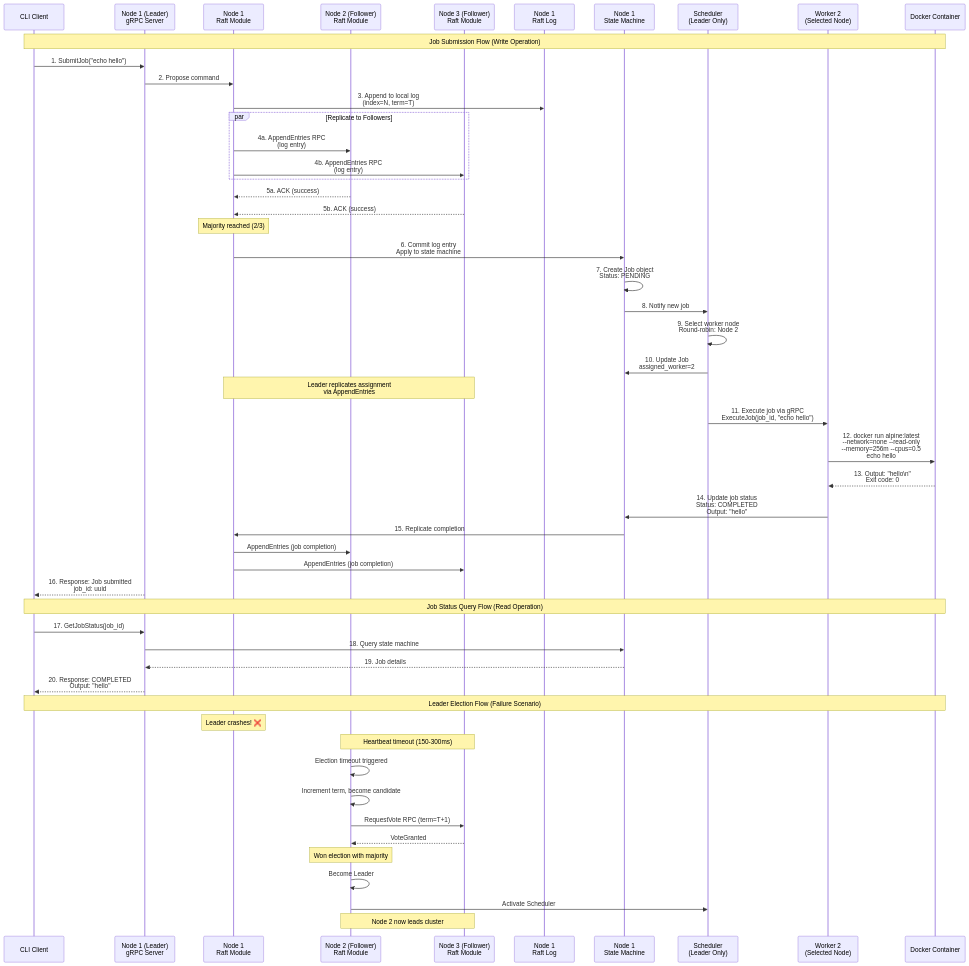
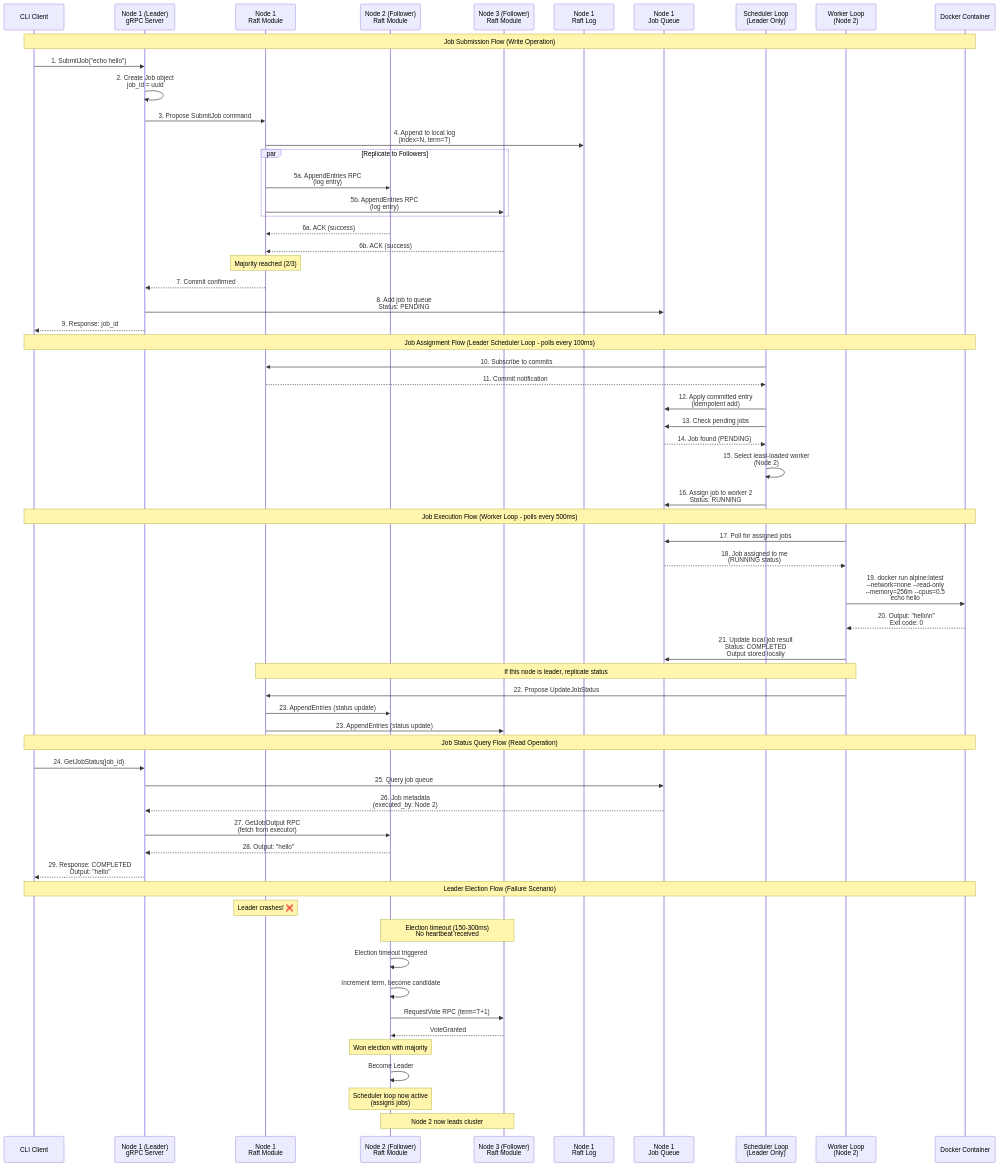
Before and after one commit to ngaddam369/nomad-lite: the third of 3 diagrams in README.md, drawn with Mermaid. The commit also changed other lines of this file, not shown here.

Commit message:
Doc: Fixed the architecture and data flow diagrams in README

````diff
--- a/README.md
+++ b/README.md
@@ -135,72 +128,84 @@
     participant N2 as Node 2 (Follower)<br/>Raft Module
     participant N3 as Node 3 (Follower)<br/>Raft Module
     participant Log1 as Node 1<br/>Raft Log
-    participant State1 as Node 1<br/>State Machine
-    participant Sched as Scheduler<br/>(Leader Only)
-    participant Worker as Worker 2<br/>(Selected Node)
+    participant Queue1 as Node 1<br/>Job Queue
+    participant Sched as Scheduler Loop<br/>(Leader Only)
+    participant Worker as Worker Loop<br/>(Node 2)
     participant Docker as Docker Container
 
     Note over Client,Docker: Job Submission Flow (Write Operation)
 
     Client->>N1: 1. SubmitJob("echo hello")
-    N1->>Raft1: 2. Propose command
-    Raft1->>Log1: 3. Append to local log<br/>(index=N, term=T)
-    
+    N1->>N1: 2. Create Job object<br/>job_id = uuid
+    N1->>Raft1: 3. Propose SubmitJob command
+    Raft1->>Log1: 4. Append to local log<br/>(index=N, term=T)
+
     par Replicate to Followers
-        Raft1->>N2: 4a. AppendEntries RPC<br/>(log entry)
-        Raft1->>N3: 4b. AppendEntries RPC<br/>(log entry)
+        Raft1->>N2: 5a. AppendEntries RPC<br/>(log entry)
+        Raft1->>N3: 5b. AppendEntries RPC<br/>(log entry)
     end
 
-    N2-->>Raft1: 5a. ACK (success)
-    N3-->>Raft1: 5b. ACK (success)
+    N2-->>Raft1: 6a. ACK (success)
+    N3-->>Raft1: 6b. ACK (success)
 
     Note over Raft1: Majority reached (2/3)
 
-    Raft1->>State1: 6. Commit log entry<br/>Apply to state machine
-    State1->>State1: 7. Create Job object<br/>Status: PENDING
-    State1->>Sched: 8. Notify new job
-    
-    Sched->>Sched: 9. Select worker node<br/>Round-robin: Node 2
-    Sched->>State1: 10. Update Job<br/>assigned_worker=2
-    
-    Note over Raft1,N3: Leader replicates assignment<br/>via AppendEntries
-    
-    Sched->>Worker: 11. Execute job via gRPC<br/>ExecuteJob(job_id, "echo hello")
-    
-    Worker->>Docker: 12. docker run alpine:latest<br/>--network=none --read-only<br/>--memory=256m --cpus=0.5<br/>echo hello
-    
-    Docker-->>Worker: 13. Output: "hello\n"<br/>Exit code: 0
-    
-    Worker->>State1: 14. Update job status<br/>Status: COMPLETED<br/>Output: "hello"
-    
-    State1->>Raft1: 15. Replicate completion
-    Raft1->>N2: AppendEntries (job completion)
-    Raft1->>N3: AppendEntries (job completion)
-    
-    N1-->>Client: 16. Response: Job submitted<br/>job_id: uuid
+    Raft1-->>N1: 7. Commit confirmed
+    N1->>Queue1: 8. Add job to queue<br/>Status: PENDING
+    N1-->>Client: 9. Response: job_id
+
+    Note over Client,Docker: Job Assignment Flow (Leader Scheduler Loop - polls every 100ms)
+
+    Sched->>Raft1: 10. Subscribe to commits
+    Raft1-->>Sched: 11. Commit notification
+    Sched->>Queue1: 12. Apply committed entry<br/>(idempotent add)
+
+    Sched->>Queue1: 13. Check pending jobs
+    Queue1-->>Sched: 14. Job found (PENDING)
+    Sched->>Sched: 15. Select least-loaded worker<br/>(Node 2)
+    Sched->>Queue1: 16. Assign job to worker 2<br/>Status: RUNNING
+
+    Note over Client,Docker: Job Execution Flow (Worker Loop - polls every 500ms)
+
+    Worker->>Queue1: 17. Poll for assigned jobs
+    Queue1-->>Worker: 18. Job assigned to me<br/>(RUNNING status)
+
+    Worker->>Docker: 19. docker run alpine:latest<br/>--network=none --read-only<br/>--memory=256m --cpus=0.5<br/>echo hello
+
+    Docker-->>Worker: 20. Output: "hello\n"<br/>Exit code: 0
+
+    Worker->>Queue1: 21. Update local job result<br/>Status: COMPLETED<br/>Output stored locally
+
+    Note over Worker,Raft1: If this node is leader, replicate status
+
+    Worker->>Raft1: 22. Propose UpdateJobStatus
+    Raft1->>N2: 23. AppendEntries (status update)
+    Raft1->>N3: 23. AppendEntries (status update)
 
     Note over Client,Docker: Job Status Query Flow (Read Operation)
 
-    Client->>N1: 17. GetJobStatus(job_id)
-    N1->>State1: 18. Query state machine
-    State1-->>N1: 19. Job details
-    N1-->>Client: 20. Response: COMPLETED<br/>Output: "hello"
+    Client->>N1: 24. GetJobStatus(job_id)
+    N1->>Queue1: 25. Query job queue
+    Queue1-->>N1: 26. Job metadata<br/>(executed_by: Node 2)
+    N1->>N2: 27. GetJobOutput RPC<br/>(fetch from executor)
+    N2-->>N1: 28. Output: "hello"
+    N1-->>Client: 29. Response: COMPLETED<br/>Output: "hello"
 
     Note over Client,Docker: Leader Election Flow (Failure Scenario)
 
     Note over Raft1: Leader crashes! ❌
-    
-    Note over N2,N3: Heartbeat timeout (150-300ms)
-    
+
+    Note over N2,N3: Election timeout (150-300ms)<br/>No heartbeat received
+
     N2->>N2: Election timeout triggered
     N2->>N2: Increment term, become candidate
     N2->>N3: RequestVote RPC (term=T+1)
     N3-->>N2: VoteGranted
-    
+
     Note over N2: Won election with majority
-    
+
     N2->>N2: Become Leader
-    N2->>Sched: Activate Scheduler
-    
+    Note over N2: Scheduler loop now active<br/>(assigns jobs)
+
     Note over N2,N3: Node 2 now leads cluster
 ```
````
